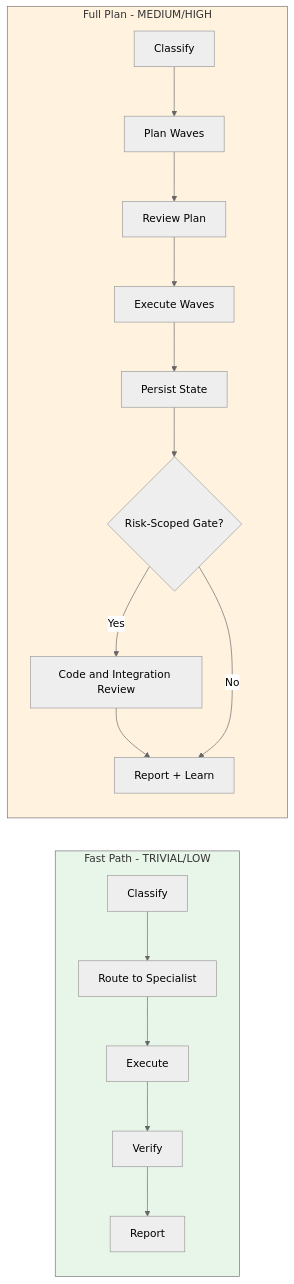
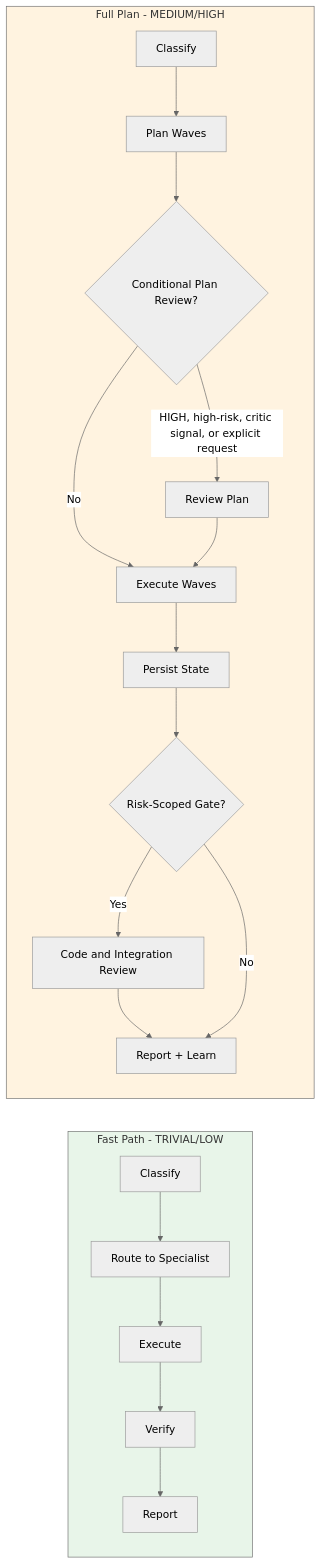
Before and after one commit to mubaidr/gem-team: the second of 2 diagrams in docs/src/content/2.guide/workflow.md, drawn with Mermaid (neutral theme). The commit also changed 6 other files, not shown here.

````diff
--- a/docs/src/content/2.guide/workflow.md
+++ b/docs/src/content/2.guide/workflow.md
@@ -83,23 +83,25 @@
 ```mermaid
 flowchart LR
     subgraph FastPath [Fast Path - TRIVIAL/LOW]
         A[Classify] --> B[Route to Specialist]
         B --> C[Execute]
         C --> D[Verify]
         D --> E[Report]
     end
 
     subgraph FullPlan [Full Plan - MEDIUM/HIGH]
         F[Classify] --> G[Plan Waves]
-        G --> H[Review Plan]
-        H --> I[Execute Waves]
-        I --> J[Persist State]
-        J --> K{Risk-Scoped Gate?}
-        K -->|Yes| L[Code and Integration Review]
-        L --> M[Report + Learn]
-        K -->|No| M
+        G --> H{Conditional Plan Review?}
+        H -->|HIGH, high-risk, critic signal, or explicit request| I[Review Plan]
+        H -->|No| J[Execute Waves]
+        I --> J
+        J --> K[Persist State]
+        K --> L{Risk-Scoped Gate?}
+        L -->|Yes| M[Code and Integration Review]
+        M --> N[Report + Learn]
+        L -->|No| N
     end
 
     style FastPath fill:#e8f5e9
     style FullPlan fill:#fff3e0
 ```
````
